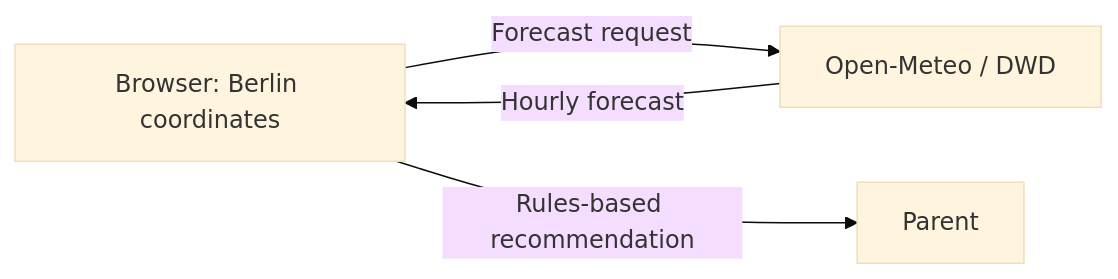
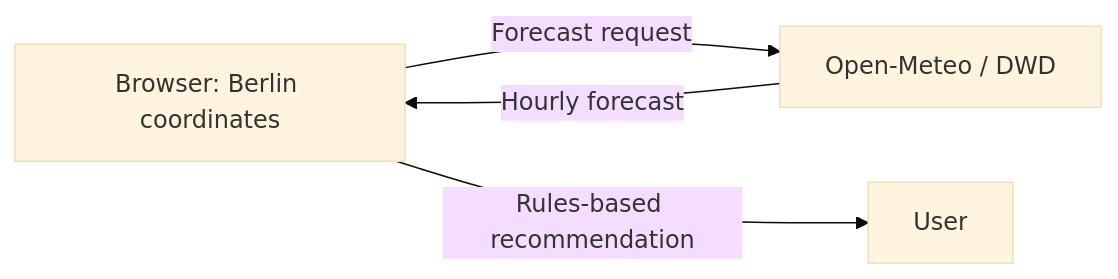
Before and after one commit to fguillen/WearToday: the diagram in PRODUCT.md, drawn with Mermaid (base theme). The commit also changed other lines of this file and 8 other files, not shown here.

````diff
--- a/PRODUCT.md
+++ b/PRODUCT.md
@@ -614,6 +614,6 @@
 ```mermaid
 flowchart LR
   A[Browser: Berlin coordinates] -->|Forecast request| B[Open-Meteo / DWD]
   B -->|Hourly forecast| A
-  A -->|Rules-based recommendation| D[Parent]
+  A -->|Rules-based recommendation| D[User]
 ```
````
